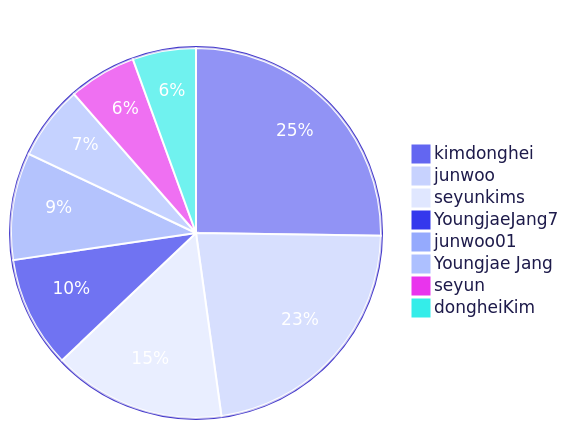
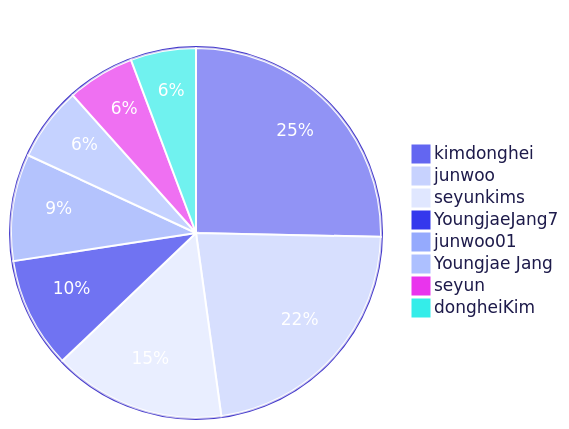
One commit to 3rd-project-team-1/ALYAC-market-team1 changed the third of 4 diagrams in README.md. Above: the diagram before and after it, drawn with Mermaid. The commit also changed other lines of this file, not shown here.

Commit message:
docs: 커밋 활동 차트 자동 업데이트 [skip ci]

````diff
--- a/README.md
+++ b/README.md
@@ -414,21 +414,21 @@
 ```mermaid
 %%{init: { 'theme': 'base', 'themeVariables': {
   'primaryColor': '#6366f1',
   'primaryTextColor': '#ffffff',
   'primaryBorderColor': '#4338ca',
   'secondaryColor': '#c7d2fe',
   'tertiaryColor': '#e0e7ff',
   'pieLegendTextColor': '#1e1b4b',
   'pieStrokeColor': '#ffffff',
   'pieOuterStrokeColor': '#4338ca'
 } } }%%
 pie title 기여자별 커밋 수
-  "kimdonghei" : 132
+  "kimdonghei" : 133
   "junwoo" : 118
   "seyunkims" : 79
   "YoungjaeJang7" : 51
   "junwoo01" : 49
   "Youngjae Jang" : 34
   "seyun" : 31
-  "dongheiKim" : 29
+  "dongheiKim" : 30
 ```
````
